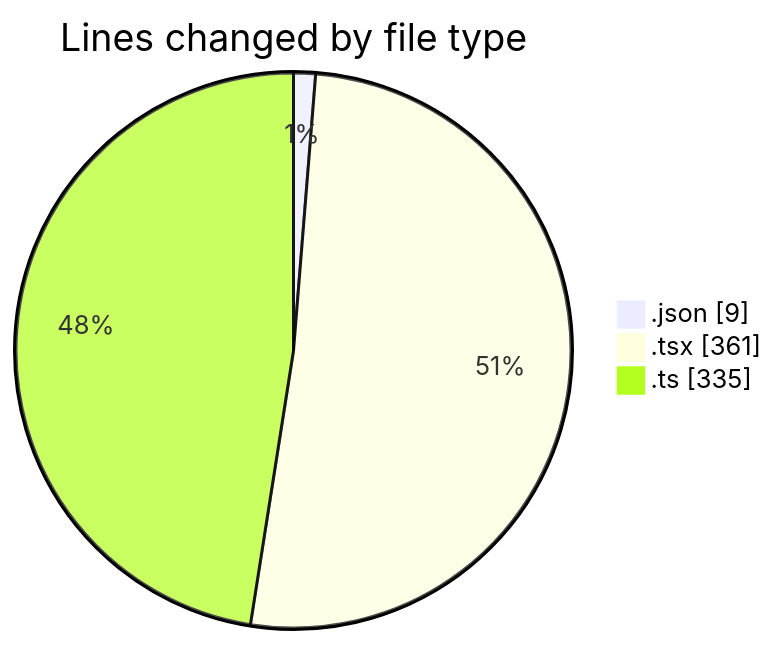
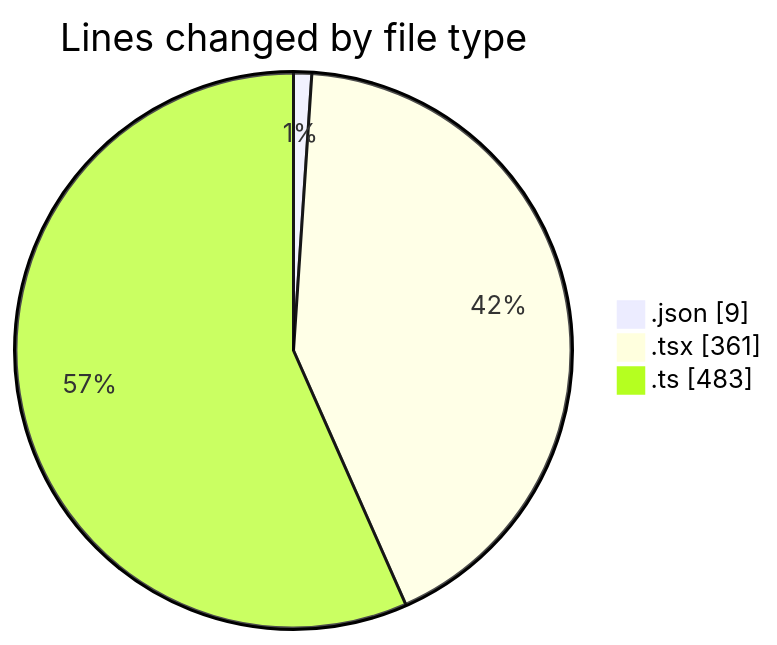
The first of 2 diagrams in 2025-10-27/eventscop-frontend-guide__workspace_/README.md (julien-gomy/code-tracking), drawn with Mermaid before and after one commit. The commit also changed other lines of this file and 1 other file, not shown here.

````diff
--- a/2025-10-27/eventscop-frontend-guide__workspace_/README.md
+++ b/2025-10-27/eventscop-frontend-guide__workspace_/README.md
@@ -24,7 +25,7 @@
 ```mermaid
 pie showData
 title Lines changed by file type
 ".json" : 9
 ".tsx" : 361
-".ts" : 335
+".ts" : 483
 ```
````
